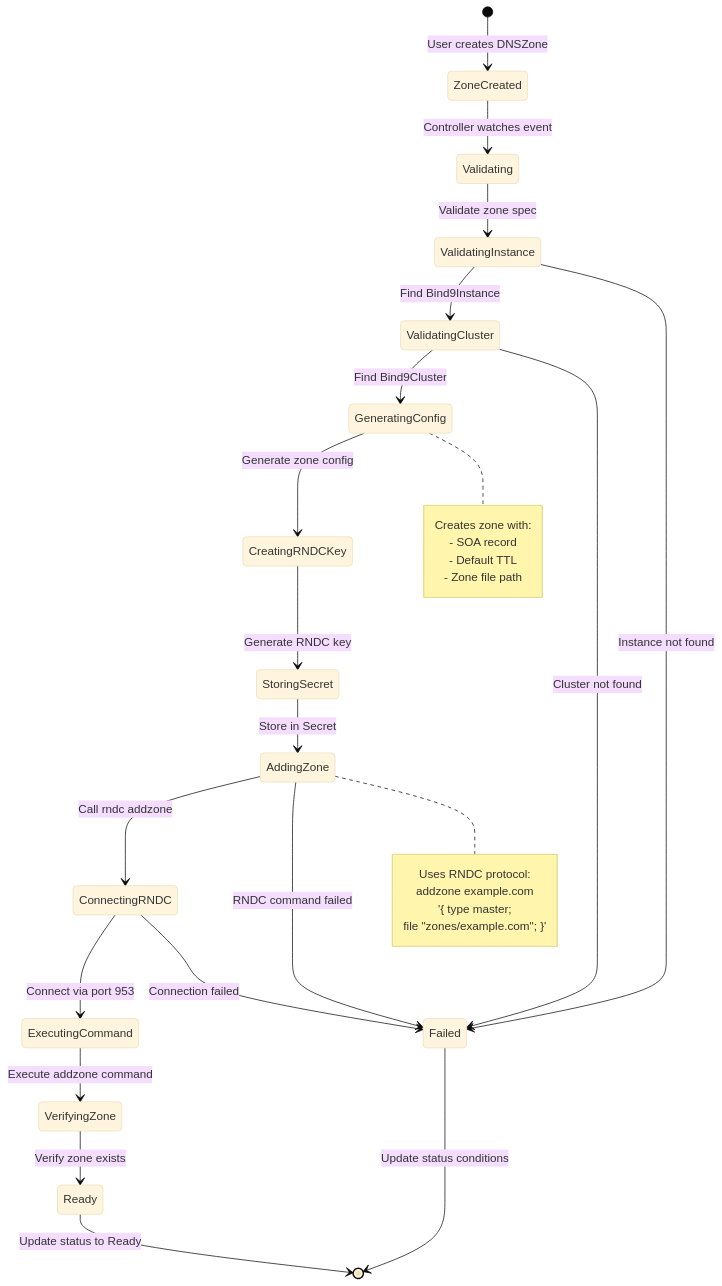
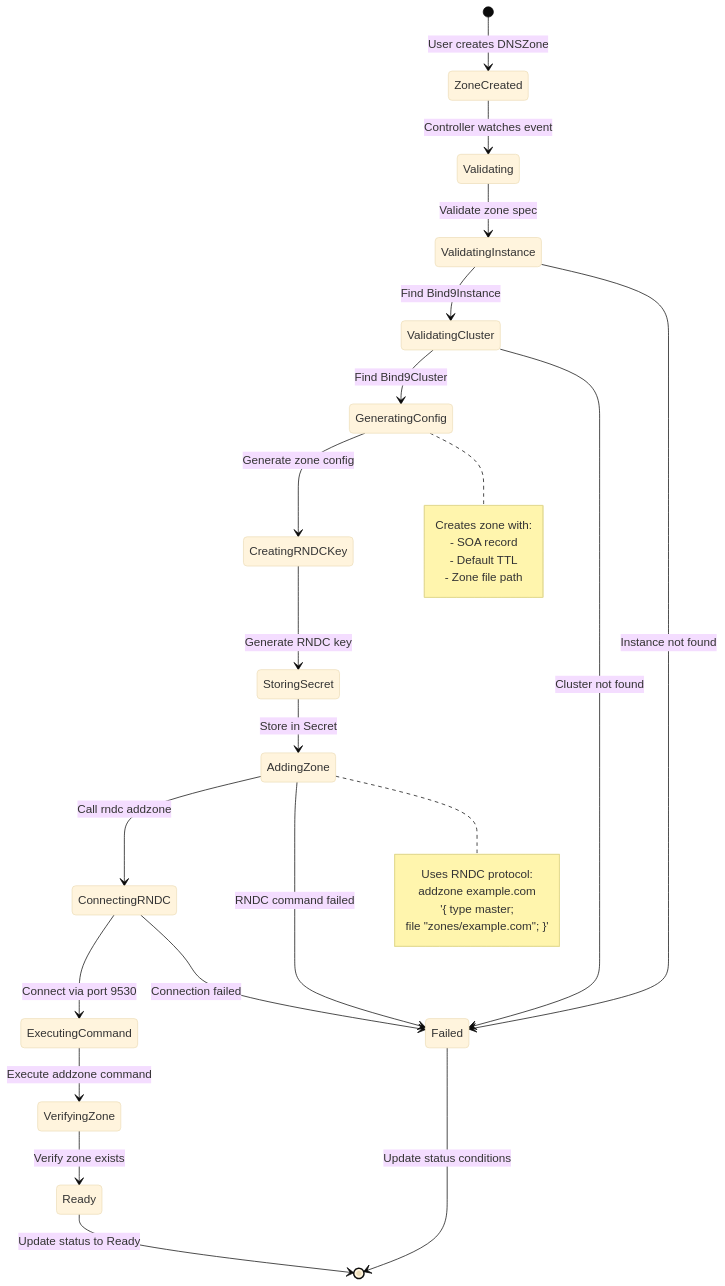
Before and after one commit to firestoned/bindy: the fourth of 8 diagrams in docs/src/concepts/architecture-diagrams.md, drawn with Mermaid (base theme). The commit also changed other lines of this file and 29 other files, not shown here.

````diff
--- a/docs/src/concepts/architecture-diagrams.md
+++ b/docs/src/concepts/architecture-diagrams.md
@@ -305,42 +305,42 @@
 ```mermaid
 stateDiagram-v2
     [*] --> ZoneCreated: User creates DNSZone
 
     ZoneCreated --> Validating: Controller watches event
 
     Validating --> ValidatingInstance: Validate zone spec
     ValidatingInstance --> ValidatingCluster: Find Bind9Instance
     ValidatingCluster --> GeneratingConfig: Find Bind9Cluster
 
     GeneratingConfig --> CreatingRNDCKey: Generate zone config
     CreatingRNDCKey --> StoringSecret: Generate RNDC key
     StoringSecret --> AddingZone: Store in Secret
 
     AddingZone --> ConnectingRNDC: Call rndc addzone
-    ConnectingRNDC --> ExecutingCommand: Connect via port 953
+    ConnectingRNDC --> ExecutingCommand: Connect via port 9530
     ExecutingCommand --> VerifyingZone: Execute addzone command
 
     VerifyingZone --> Ready: Verify zone exists
     Ready --> [*]: Update status to Ready
 
     ValidatingInstance --> Failed: Instance not found
     ValidatingCluster --> Failed: Cluster not found
     AddingZone --> Failed: RNDC command failed
     ConnectingRNDC --> Failed: Connection failed
 
     Failed --> [*]: Update status conditions
 
     note right of GeneratingConfig
         Creates zone with:
         - SOA record
         - Default TTL
         - Zone file path
     end note
 
     note right of AddingZone
         Uses RNDC protocol:
         addzone example.com
         '{ type master;
            file "zones/example.com"; }'
     end note
 ```
````
